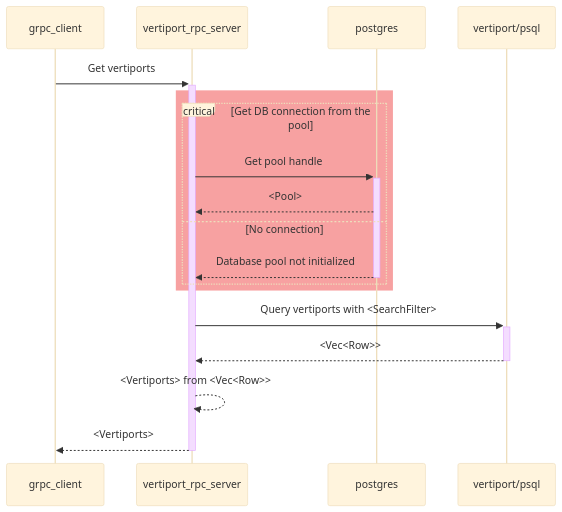
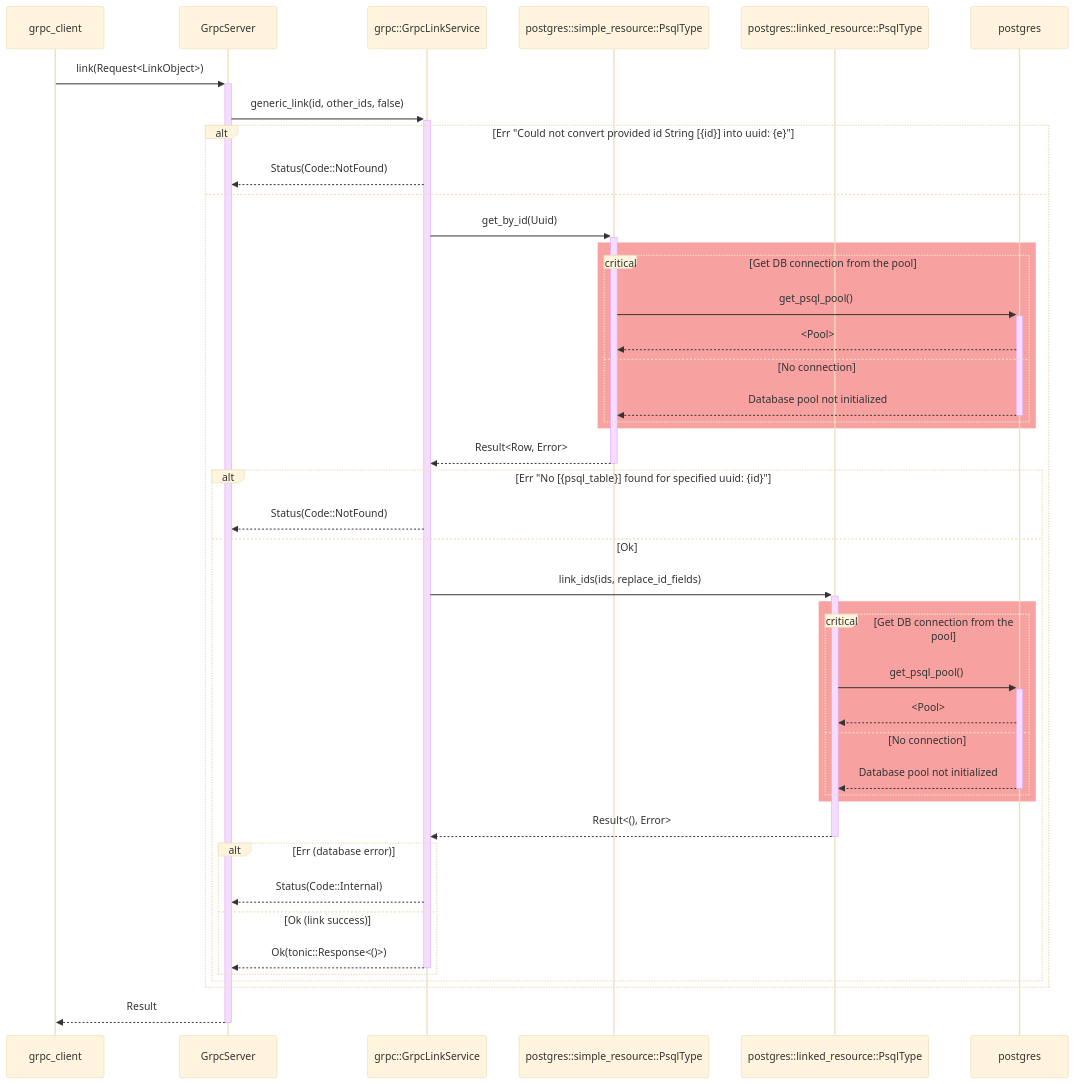
The eighth of 13 diagrams in docs/sdd.md (aetheric-oss/svc-storage), drawn with Mermaid (base theme) before and after one commit. The commit also changed other lines of this file and 2 other files, not shown here.

````diff
--- a/docs/sdd.md
+++ b/docs/sdd.md
@@ -349,20 +370,45 @@
 ```mermaid
 sequenceDiagram
     participant client as grpc_client
-    participant grpc as vertiport_rpc_server
+    participant grpc_server as GrpcServer
+    participant grpc_service as grpc::GrpcLinkService
+    participant psql_simple as postgres::simple_resource::PsqlType
+    participant psql_linked as postgres::linked_resource::PsqlType
     participant psql as postgres
-    participant psql_vp as vertiport/psql
-    client->>+grpc: Get vertiports
-    rect rgb(247, 161, 161)
-        critical Get DB connection from the pool
-            grpc->>+psql: Get pool handle
-            psql-->>grpc: <Pool>
-        option No connection
-            psql-->>-grpc: Database pool not initialized
+    client->>+grpc_server: link(Request<LinkObject>)
+    grpc_server->>+grpc_service: generic_link(id, other_ids, false)
+    alt Err "Could not convert provided id String [{id}] into uuid: {e}"
+        grpc_service-->>grpc_server: Status(Code::NotFound)
+    else
+        grpc_service->>+psql_simple: get_by_id(Uuid)
+        rect rgb(247, 161, 161)
+            critical Get DB connection from the pool
+                psql_simple->>+psql: get_psql_pool()
+                psql-->>psql_simple: <Pool>
+            option No connection
+                psql-->>-psql_simple: Database pool not initialized
+            end
+        end
+        psql_simple-->>-grpc_service: Result<Row, Error>
+        alt Err "No [{psql_table}] found for specified uuid: {id}"
+            grpc_service-->>grpc_server: Status(Code::NotFound)
+        else Ok
+            grpc_service->>+psql_linked: link_ids(ids, replace_id_fields)
+            rect rgb(247, 161, 161)
+                critical Get DB connection from the pool
+                    psql_linked->>+psql: get_psql_pool()
+                    psql-->>psql_linked: <Pool>
+                option No connection
+                    psql-->>-psql_linked: Database pool not initialized
+                end
+            end
+            psql_linked-->>-grpc_service: Result<(), Error>
+            alt Err (database error)
+                grpc_service-->>grpc_server: Status(Code::Internal)
+            else Ok (link success)
+                grpc_service-->>-grpc_server: Ok(tonic::Response<()>)
+            end
         end
     end
-    grpc->>+psql_vp: Query vertiports with <SearchFilter>
-    psql_vp-->>-grpc: <Vec<Row>>
-    grpc-->>grpc: <Vertiports> from <Vec<Row>>
-    grpc-->>-client: <Vertiports>
+    grpc_server-->>-client: Result
 ```
````
